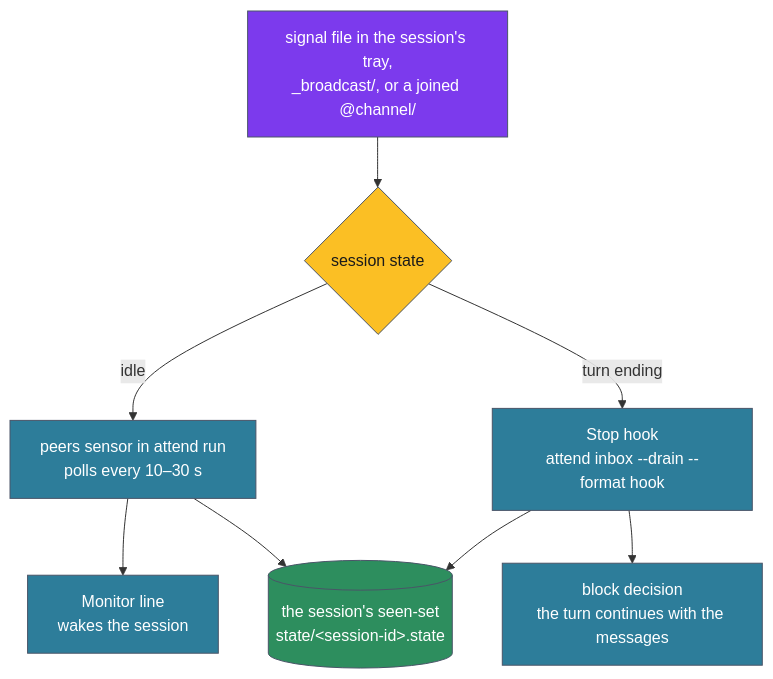
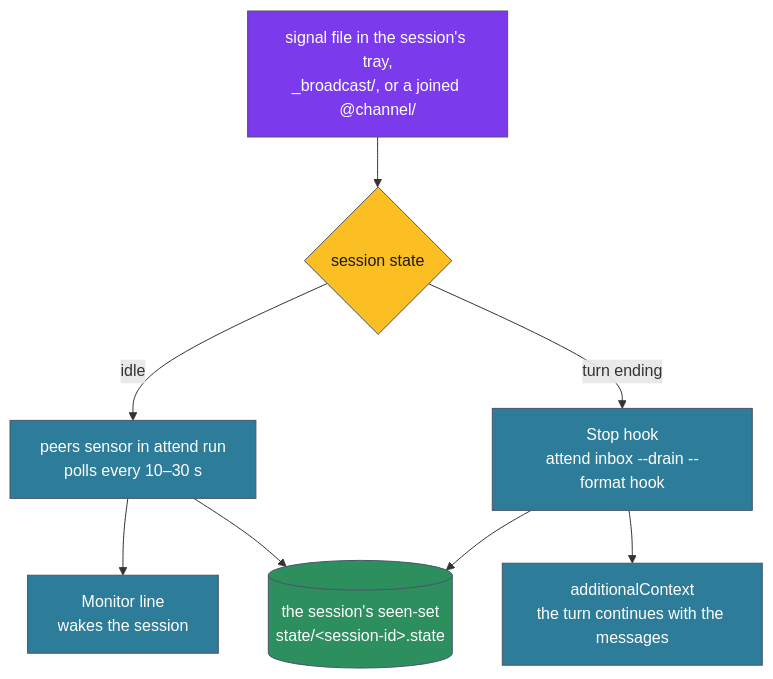
One commit to aaronsb/agent-ways changed the diagram in docs/attend-and-monitor/delivery.md. Above: the diagram before and after it, drawn with Mermaid. The commit also changed other lines of this file and 3 other files, not shown here.

First line of the commit message:
fix(attend): deliver drained messages as Stop-hook context, not a block

````diff
--- a/docs/attend-and-monitor/delivery.md
+++ b/docs/attend-and-monitor/delivery.md
@@ -5,20 +5,20 @@
 ```mermaid
 flowchart TD
     Msg[signal file in the session's tray,<br/>_broadcast/, or a joined @channel/]
     Msg --> State{session state}
     State -->|idle| Poll[peers sensor in attend run<br/>polls every 10–30 s]
     State -->|turn ending| Hook[Stop hook<br/>attend inbox --drain --format hook]
     Poll --> Line[Monitor line<br/>wakes the session]
-    Hook --> Block[block decision<br/>the turn continues with the messages]
+    Hook --> Block[additionalContext<br/>the turn continues with the messages]
     Poll --> Seen[(the session's seen-set<br/>state/&lt;session-id&gt;.state)]
     Hook --> Seen
 
     classDef msg fill:#7c3aed,color:#fff,stroke:#4a5568
     classDef decision fill:#fbbf24,color:#1a1a1a,stroke:#4a5568
     classDef proc fill:#2d7d9a,color:#fff,stroke:#4a5568
     classDef store fill:#2d8e5e,color:#fff,stroke:#4a5568
     class Msg msg
     class State decision
     class Poll,Hook,Line,Block proc
     class Seen store
 ```
````
